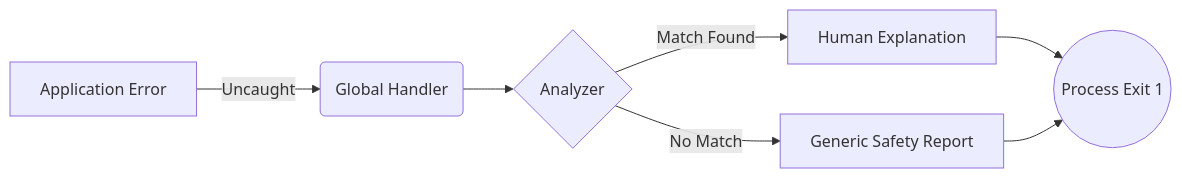
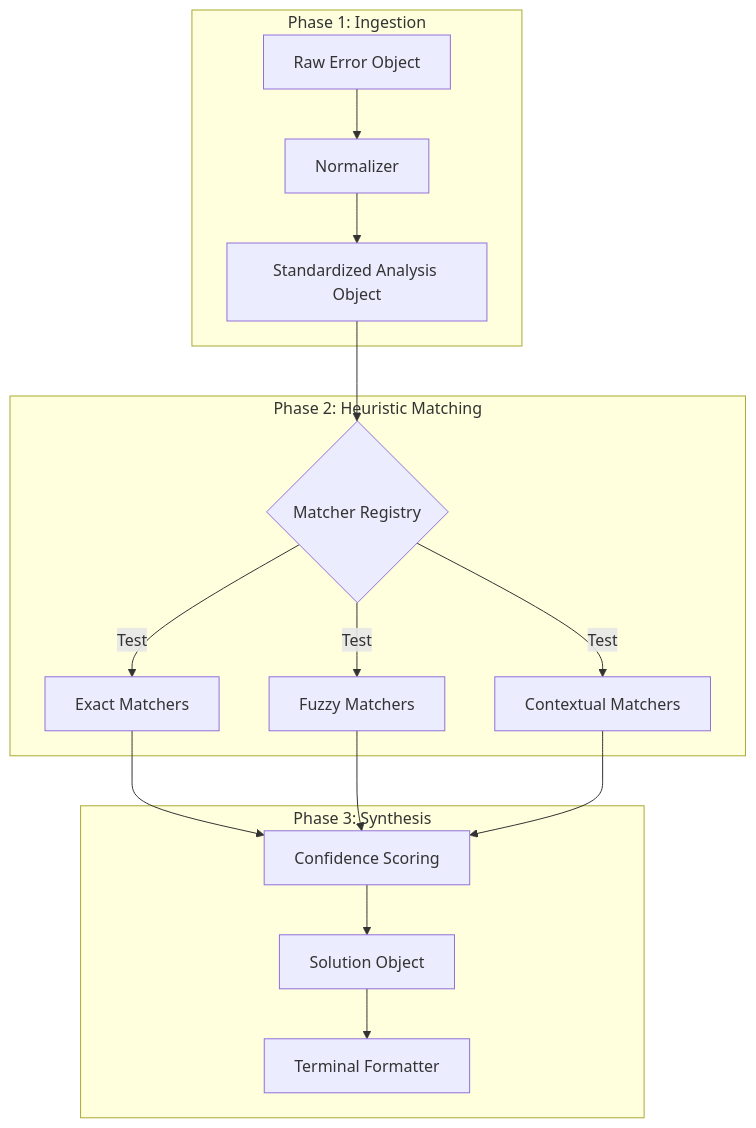
Before and after one commit to PrathamRanka/human-errors: the diagram in README.md, drawn with Mermaid. The commit also changed other lines of this file, not shown here.

````diff
--- a/README.md
+++ b/README.md
@@ -125,9 +59,20 @@
 ```mermaid
-graph LR
-    A[Application Error] -->|Uncaught| B(Global Handler)
-    B --> C{Analyzer}
-    C -->|Match Found| D[Human Explanation]
-    C -->|No Match| E[Generic Safety Report]
-    D --> F((Process Exit 1))
-    E --> F
+graph TD
+    subgraph "Phase 1: Ingestion"
+    A[Raw Error Object] --> B[Normalizer]
+    B --> C[Standardized Analysis Object]
+    end
+
+    subgraph "Phase 2: Heuristic Matching"
+    C --> D{Matcher Registry}
+    D -->|Test| E[Exact Matchers]
+    D -->|Test| F[Fuzzy Matchers]
+    D -->|Test| G[Contextual Matchers]
+    end
+
+    subgraph "Phase 3: Synthesis"
+    E & F & G --> H[Confidence Scoring]
+    H --> I[Solution Object]
+    I --> J[Terminal Formatter]
+    end
 ```
````
